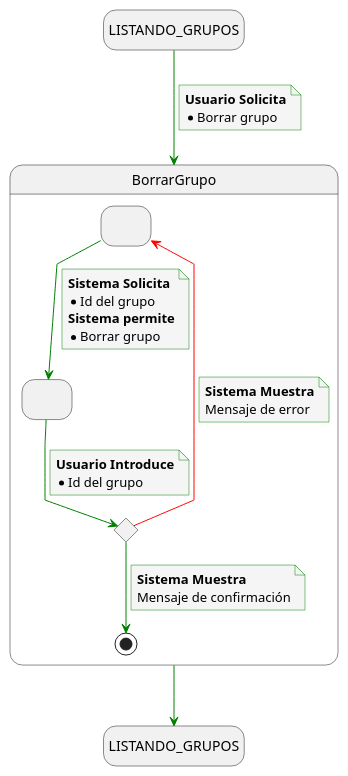
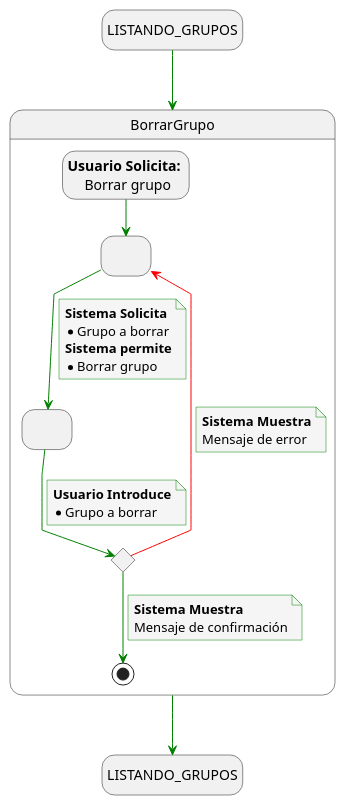
The diagram in docs/casosDeUso/detalladoCasosDeUso/detalladoGrupos/detalladoBorrarGrupos.puml (mmasias/24-25-IdSw1-SDR), drawn with PlantUML before and after one commit. The commit also changed 5 other files, not shown here.

```diff
--- a/docs/casosDeUso/detalladoCasosDeUso/detalladoGrupos/detalladoBorrarGrupos.puml
+++ b/docs/casosDeUso/detalladoCasosDeUso/detalladoGrupos/detalladoBorrarGrupos.puml
@@ -1,55 +1,54 @@
 @startuml borrar_grupo
 
 skinparam {
     NoteBackgroundColor #whiteSmoke
     ArrowColor #green
     NoteBorderColor #green
     linetype polyline
 }
 
 hide empty description
 
 state startState as "LISTANDO_GRUPOS"
 state endState as "LISTANDO_GRUPOS"
 
 startState --> BorrarGrupo
-note on link
-    <b>Usuario Solicita</b>
-    * Borrar grupo
-end note
 
 BorrarGrupo --> endState
 
 state BorrarGrupo {
     state solicitudFiltros as " "
     state envioFiltros as " "
     state revisionFiltrosEnviados <<choice>>
+    state usuarioSolicita as "<b>Usuario Solicita:</b> \n Borrar grupo"
+
+    usuarioSolicita --> solicitudFiltros
 
     solicitudFiltros --> envioFiltros
     note on link
         <b>Sistema Solicita</b>
-        * Id del grupo
+        * Grupo a borrar
         <b>Sistema permite</b>
         * Borrar grupo
     end note
 
     envioFiltros --> revisionFiltrosEnviados
     note on link
         <b>Usuario Introduce</b>
-        * Id del grupo
+        * Grupo a borrar
     end note
 
     revisionFiltrosEnviados -[#red]-> solicitudFiltros
     note on link
         <b>Sistema Muestra</b>
         Mensaje de error
     end note
 
     revisionFiltrosEnviados --> [*]
     note on link
         <b>Sistema Muestra</b>
         Mensaje de confirmación
     end note
 }
 
 @enduml
```
